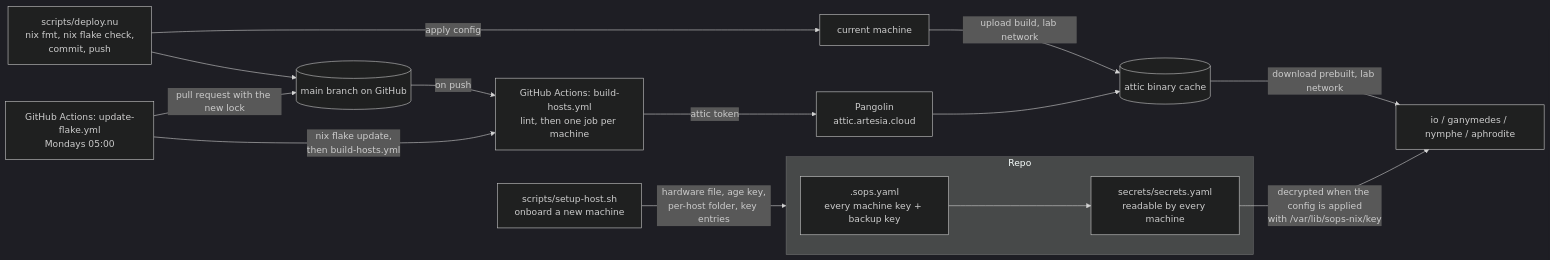
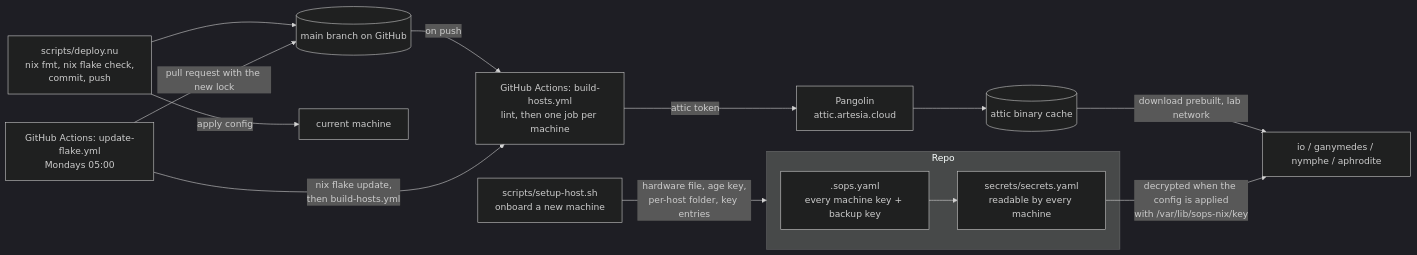
One commit to 68656c6c/celestial changed the second of 2 diagrams in docs/structure.md. Above: the diagram before and after it, drawn with Mermaid (dark theme). The commit also changed other lines of this file and 13 other files, not shown here.

````diff
--- a/docs/structure.md
+++ b/docs/structure.md
@@ -151,23 +151,22 @@
 ```mermaid
 flowchart LR
     subgraph repo["Repo"]
         sopscfg[".sops.yaml<br/>every machine key + backup key"]
         secrets["secrets/secrets.yaml<br/>readable by every machine"]
         sopscfg --> secrets
     end
 
     setup["scripts/setup-host.sh<br/>onboard a new machine"] -->|"hardware file, age key,<br/>per-host folder, key entries"| repo
 
     deploy["scripts/deploy.nu<br/>nix fmt, nix flake check,<br/>commit, push"] --> main[("main branch on GitHub")]
     deploy -->|"apply config"| local["current machine"]
-    local -->|"upload build, lab network"| attic[("attic binary cache")]
 
     main -->|"on push"| ci["GitHub Actions: build-hosts.yml<br/>lint, then one job per machine"]
     ci -->|"attic token"| pangolin["Pangolin<br/>attic.artesia.cloud"]
-    pangolin --> attic
+    pangolin --> attic[("attic binary cache")]
     upd["GitHub Actions: update-flake.yml<br/>Mondays 05:00"] -->|"nix flake update,<br/>then build-hosts.yml"| ci
     upd -->|"pull request with the new lock"| main
 
     attic -->|"download prebuilt, lab network"| hostsbox["io / ganymedes / nymphe / aphrodite"]
     secrets -->|"decrypted when the config is applied<br/>with /var/lib/sops-nix/key"| hostsbox
 ```
````
